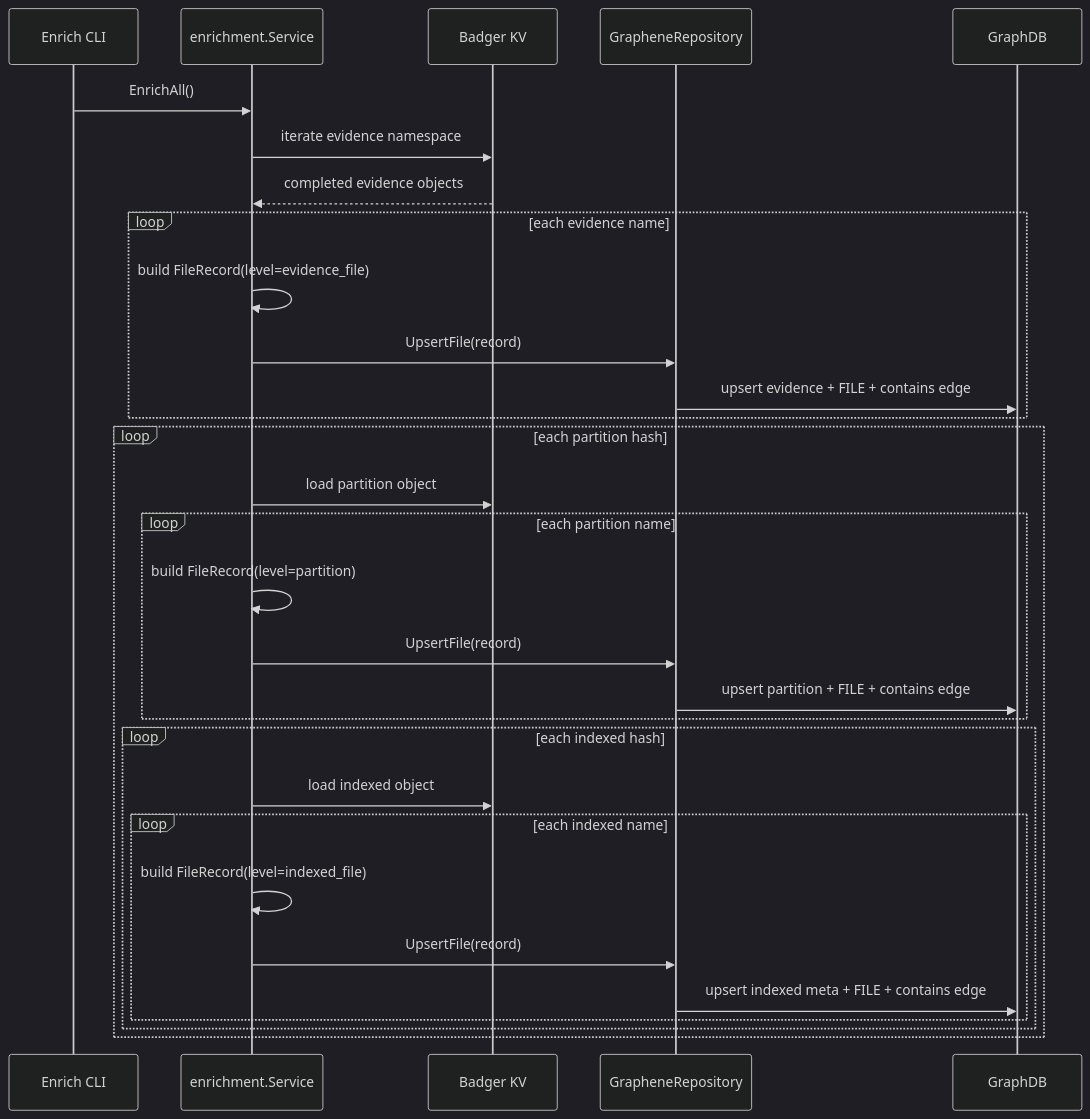
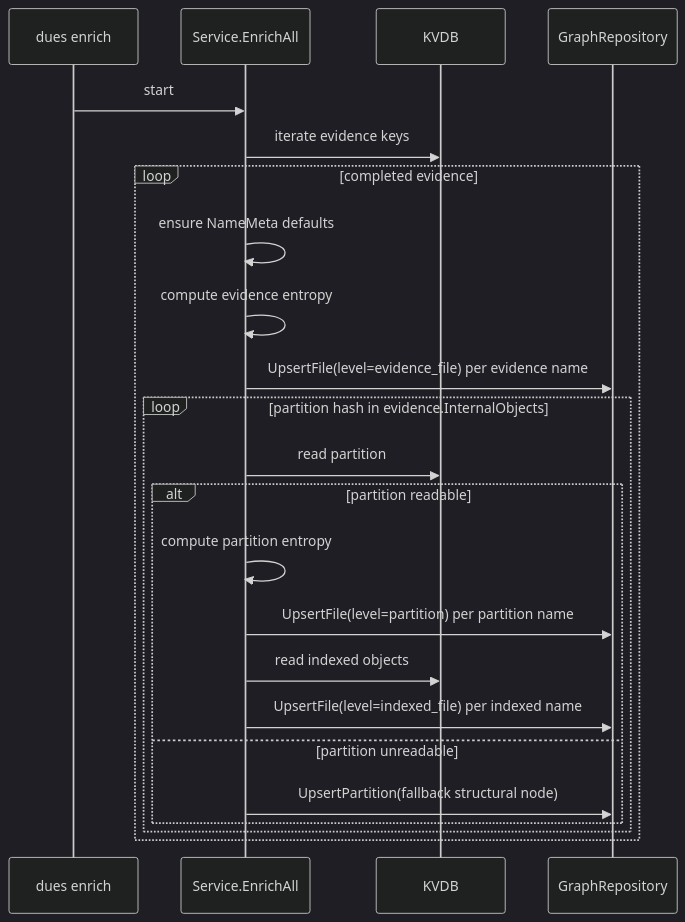
Before and after one commit to aoiflux/indicer: the second of 4 diagrams in ENRICHMENT_LLD.md, drawn with Mermaid (dark theme). The commit also changed other lines of this file, not shown here.

Commit message:
update enrichment lld

````diff
--- a/ENRICHMENT_LLD.md
+++ b/ENRICHMENT_LLD.md
@@ -427,36 +180,27 @@
 ```mermaid
 sequenceDiagram
-    participant CLI as Enrich CLI
-    participant S as enrichment.Service
-    participant KV as Badger KV
-    participant R as GrapheneRepository
-    participant G as GraphDB
+    participant CLI as dues enrich
+    participant S as Service.EnrichAll
+    participant KV as KVDB
+    participant R as GraphRepository
 
-    CLI->>S: EnrichAll()
-    S->>KV: iterate evidence namespace
-    KV-->>S: completed evidence objects
+    CLI->>S: start
+    S->>KV: iterate evidence keys
+    loop completed evidence
+        S->>S: ensure NameMeta defaults
+        S->>S: compute evidence entropy
+        S->>R: UpsertFile(level=evidence_file) per evidence name
 
-    loop each evidence name
-        S->>S: build FileRecord(level=evidence_file)
-        S->>R: UpsertFile(record)
-        R->>G: upsert evidence + FILE + contains edge
-    end
-
-    loop each partition hash
-        S->>KV: load partition object
-        loop each partition name
-            S->>S: build FileRecord(level=partition)
-            S->>R: UpsertFile(record)
-            R->>G: upsert partition + FILE + contains edge
-        end
-
-        loop each indexed hash
-            S->>KV: load indexed object
-            loop each indexed name
-                S->>S: build FileRecord(level=indexed_file)
-                S->>R: UpsertFile(record)
-                R->>G: upsert indexed meta + FILE + contains edge
+        loop partition hash in evidence.InternalObjects
+            S->>KV: read partition
+            alt partition readable
+                S->>S: compute partition entropy
+                S->>R: UpsertFile(level=partition) per partition name
+                S->>KV: read indexed objects
+                S->>R: UpsertFile(level=indexed_file) per indexed name
+            else partition unreadable
+                S->>R: UpsertPartition(fallback structural node)
             end
         end
     end
 ```
````
